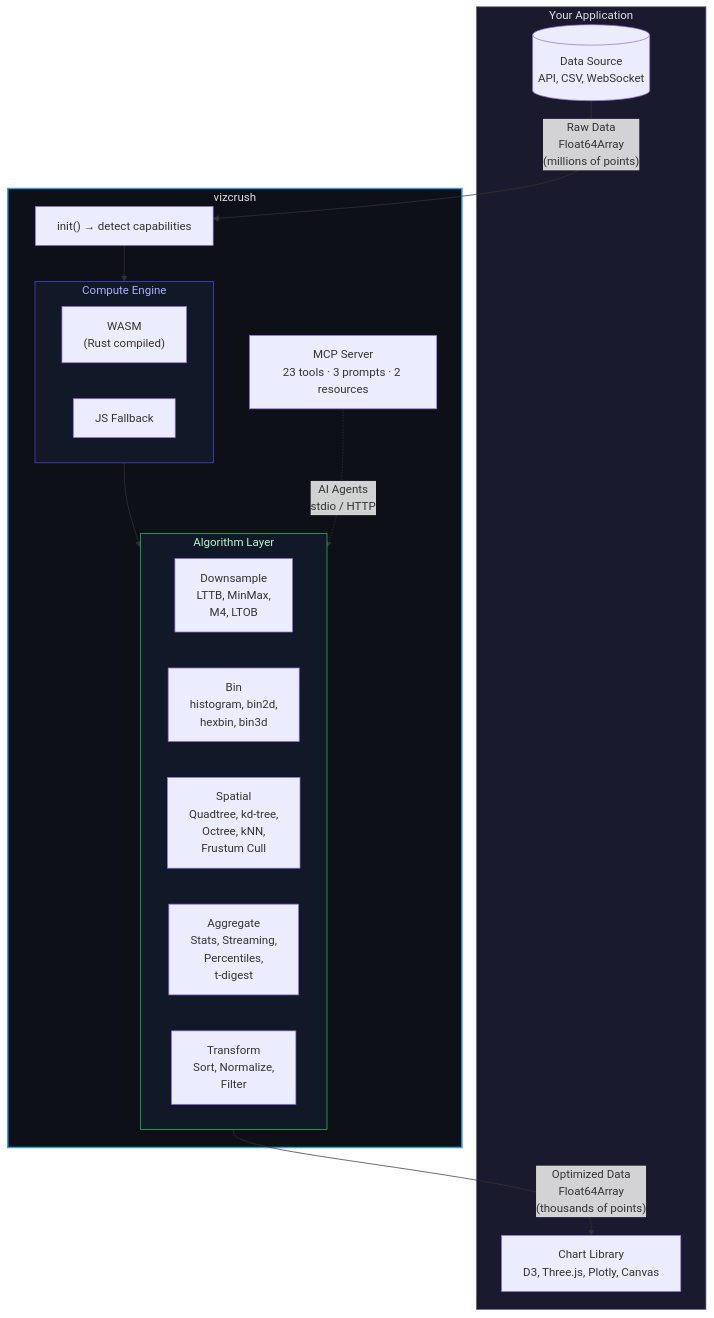
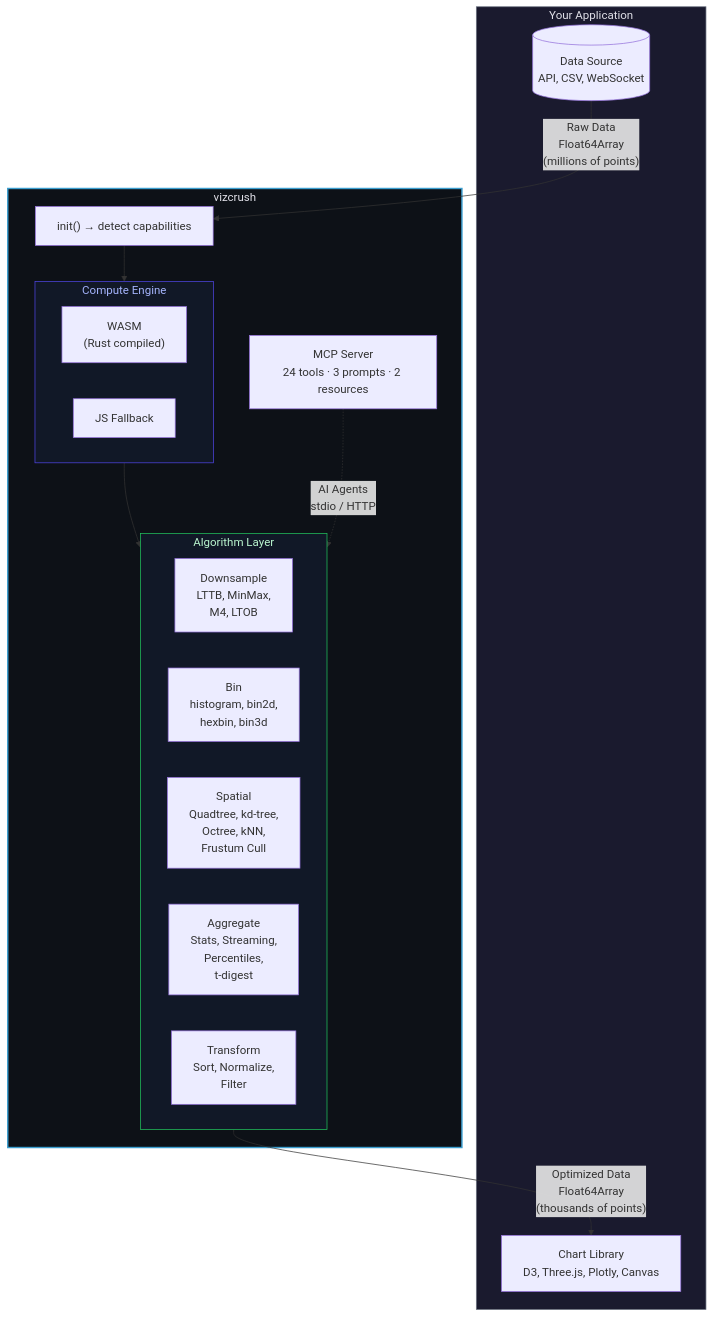
Before and after one commit to debug-diary-1/vizcrush: the first of 11 diagrams in docs/ARCHITECTURE.md, drawn with Mermaid. The commit also changed other lines of this file and 60 other files, not shown here.

````diff
--- a/docs/ARCHITECTURE.md
+++ b/docs/ARCHITECTURE.md
@@ -5,37 +5,37 @@
 ```mermaid
 flowchart TB
     subgraph APP["Your Application"]
         DS[("Data Source<br/>API, CSV, WebSocket")]
         CL["Chart Library<br/>D3, Three.js, Plotly, Canvas"]
     end
 
     subgraph VC["vizcrush"]
         INIT["init() → detect capabilities"]
 
         subgraph ENGINE["Compute Engine"]
             WASM["WASM<br/>(Rust compiled)"]
             JS["JS Fallback"]
         end
 
         subgraph ALGOS["Algorithm Layer"]
             DOWN["Downsample<br/>LTTB, MinMax,<br/>M4, LTOB"]
             BIN["Bin<br/>histogram, bin2d,<br/>hexbin, bin3d"]
             SPAT["Spatial<br/>Quadtree, kd-tree,<br/>Octree, kNN,<br/>Frustum Cull"]
             AGG["Aggregate<br/>Stats, Streaming,<br/>Percentiles,<br/>t-digest"]
             TRANS["Transform<br/>Sort, Normalize,<br/>Filter"]
         end
 
-        MCP["MCP Server<br/>23 tools · 3 prompts · 2 resources"]
+        MCP["MCP Server<br/>24 tools · 3 prompts · 2 resources"]
     end
 
     DS -->|"Raw Data<br/>Float64Array<br/>(millions of points)"| INIT
     INIT --> ENGINE
     ENGINE --> ALGOS
     ALGOS -->|"Optimized Data<br/>Float64Array<br/>(thousands of points)"| CL
     MCP -.->|"AI Agents<br/>stdio / HTTP"| ALGOS
 
     style VC fill:#0d1117,stroke:#3b9ecf,stroke-width:2px,color:#e0e0e8
     style ENGINE fill:#111827,stroke:#4f46e5,color:#a5b4fc
     style ALGOS fill:#111827,stroke:#22c55e,color:#bbf7d0
     style APP fill:#1a1a2e,stroke:#6b7280,color:#e0e0e8
 ```
````
